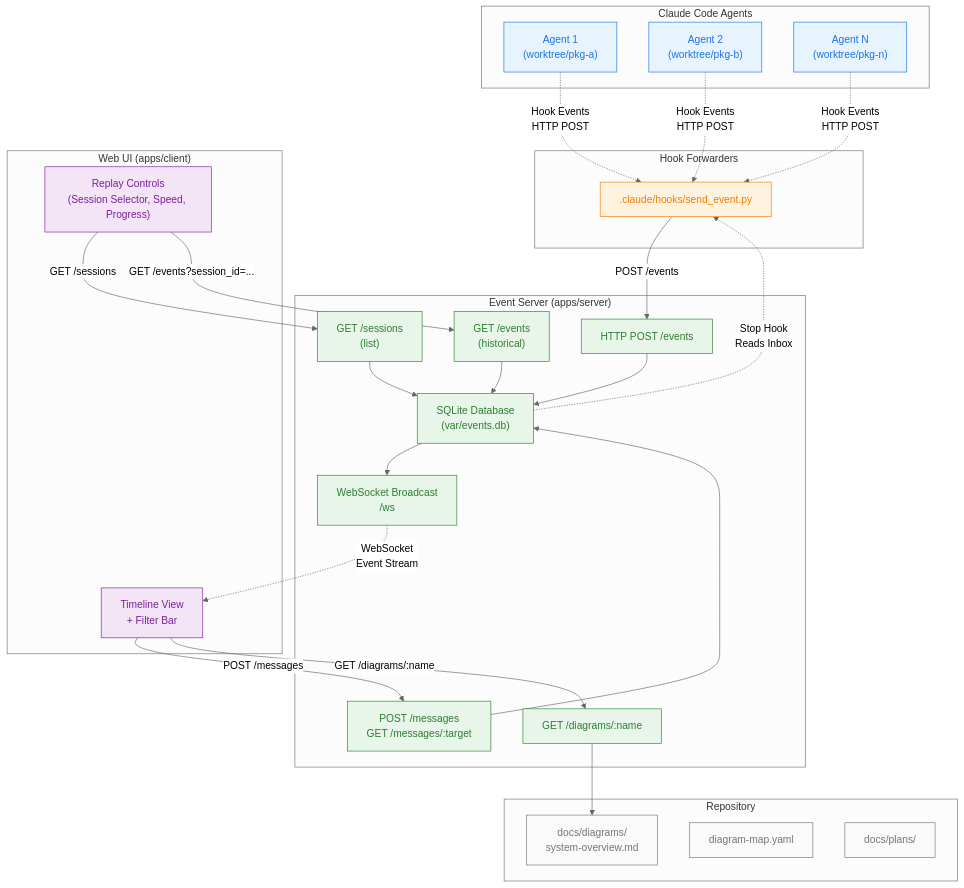
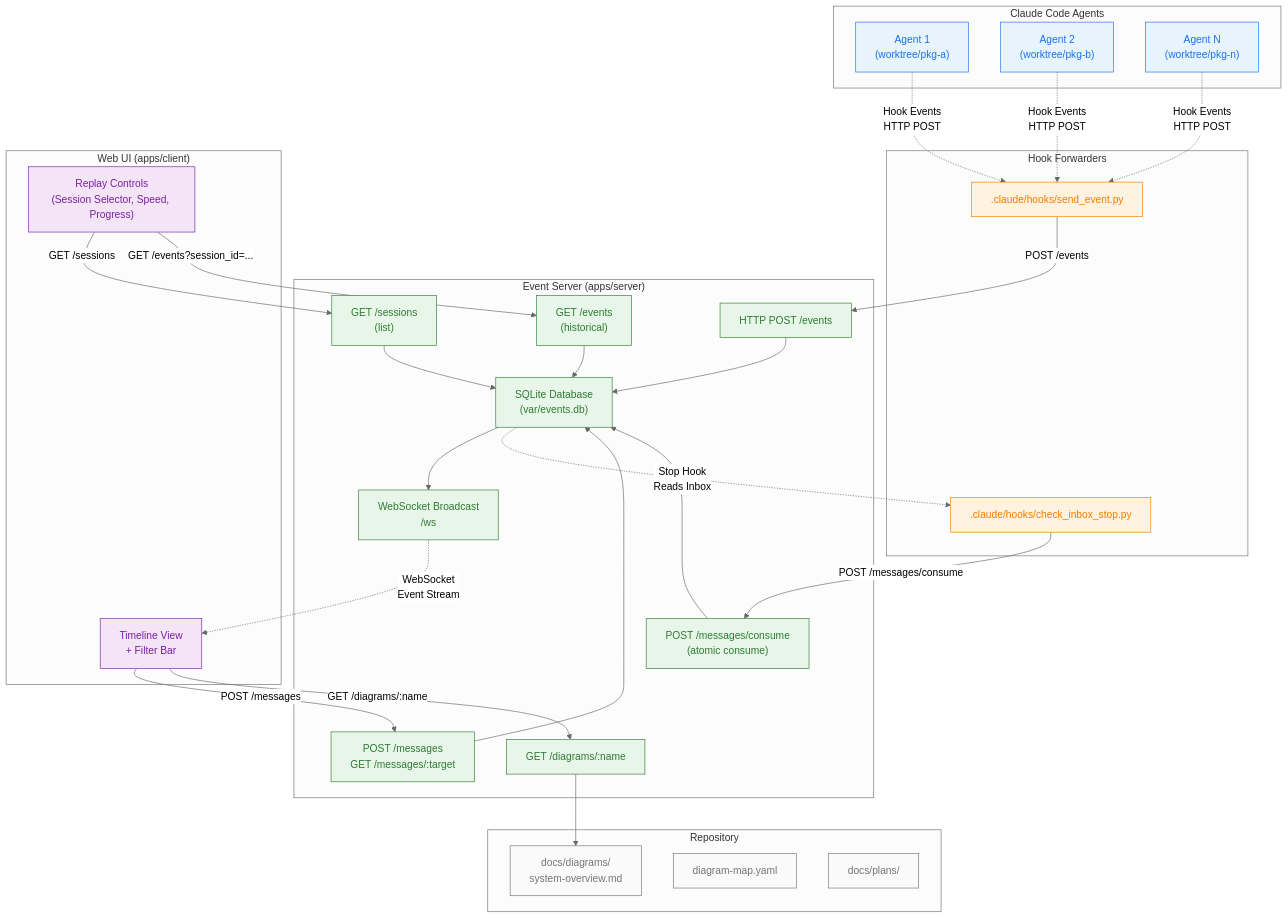
Before and after one commit to RockReuben/zod: the diagram in docs/diagrams/system-overview.md, drawn with Mermaid (neutral theme). The commit also changed 3 other files, not shown here.

First line of the commit message:
P5.3: Fix race condition in consume endpoint, improve hook script robustness, update diagram

````diff
--- a/docs/diagrams/system-overview.md
+++ b/docs/diagrams/system-overview.md
@@ -3,49 +3,70 @@
 ```mermaid
 flowchart TD
     subgraph Agents["Claude Code Agents"]
-        A1["Agent 1\n(worktree/pkg-a)"]
-        A2["Agent 2\n(worktree/pkg-b)"]
-        A3["Agent N\n(worktree/pkg-n)"]
+        A1["Agent 1
+(worktree/pkg-a)"]
+        A2["Agent 2
+(worktree/pkg-b)"]
+        A3["Agent N
+(worktree/pkg-n)"]
     end
 
     subgraph Hooks["Hook Forwarders"]
         H1[".claude/hooks/send_event.py"]
+        H2[".claude/hooks/check_inbox_stop.py"]
     end
 
     subgraph Server["Event Server (apps/server)"]
         S1["HTTP POST /events"]
-        S2["SQLite Database\n(var/events.db)"]
-        S3["WebSocket Broadcast\n/ws"]
-        S4["POST /messages\nGET /messages/:target"]
+        S2["SQLite Database
+(var/events.db)"]
+        S3["WebSocket Broadcast
+/ws"]
+        S4["POST /messages
+GET /messages/:target"]
+        S8["POST /messages/consume
+(atomic consume)"]
         S5["GET /diagrams/:name"]
-        S6["GET /events\n(historical)"]
-        S7["GET /sessions\n(list)"]
+        S6["GET /events
+(historical)"]
+        S7["GET /sessions
+(list)"]
     end
 
     subgraph Client["Web UI (apps/client)"]
-        C1["Timeline View\n+ Filter Bar"]
-        C2["Replay Controls\n(Session Selector, Speed, Progress)"]
+        C1["Timeline View
++ Filter Bar"]
+        C2["Replay Controls
+(Session Selector, Speed, Progress)"]
     end
 
     subgraph Repo["Repository"]
-        R1["docs/diagrams/\nsystem-overview.md"]
+        R1["docs/diagrams/
+system-overview.md"]
         R2["diagram-map.yaml"]
         R3["docs/plans/"]
     end
 
-    A1 -.->|Hook Events\nHTTP POST| H1
-    A2 -.->|Hook Events\nHTTP POST| H1
-    A3 -.->|Hook Events\nHTTP POST| H1
+    A1 -.->|Hook Events
+HTTP POST| H1
+    A2 -.->|Hook Events
+HTTP POST| H1
+    A3 -.->|Hook Events
+HTTP POST| H1
 
     H1 -->|POST /events| S1
     S1 --> S2
     S2 --> S3
-    S3 -.->|WebSocket\nEvent Stream| C1
+    S3 -.->|WebSocket
+Event Stream| C1
 
     C1 -->|POST /messages| S4
     S4 --> S2
 
-    S2 -.->|Stop Hook\nReads Inbox| H1
+    H2 -->|POST /messages/consume| S8
+    S8 --> S2
+    S2 -.->|Stop Hook
+Reads Inbox| H2
 
     C1 -->|GET /diagrams/:name| S5
     S5 --> R1
@@ -62,8 +83,8 @@
     classDef repo fill:#fafafa,stroke:#757575,color:#757575;
 
     class A1,A2,A3 agent;
-    class H1 hook;
-    class S1,S2,S3,S4,S5,S6,S7 server;
+    class H1,H2 hook;
+    class S1,S2,S3,S4,S5,S6,S7,S8 server;
     class C1,C2 client;
     class R1,R2,R3 repo;
 ```
````
